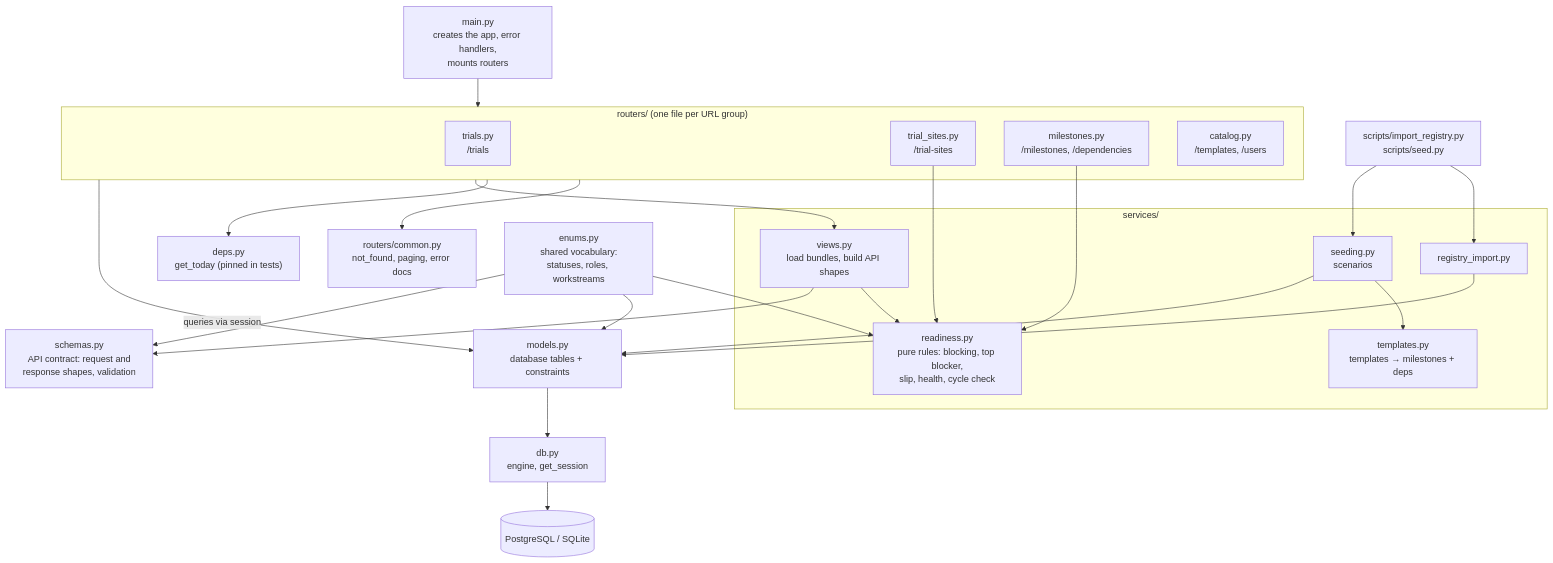
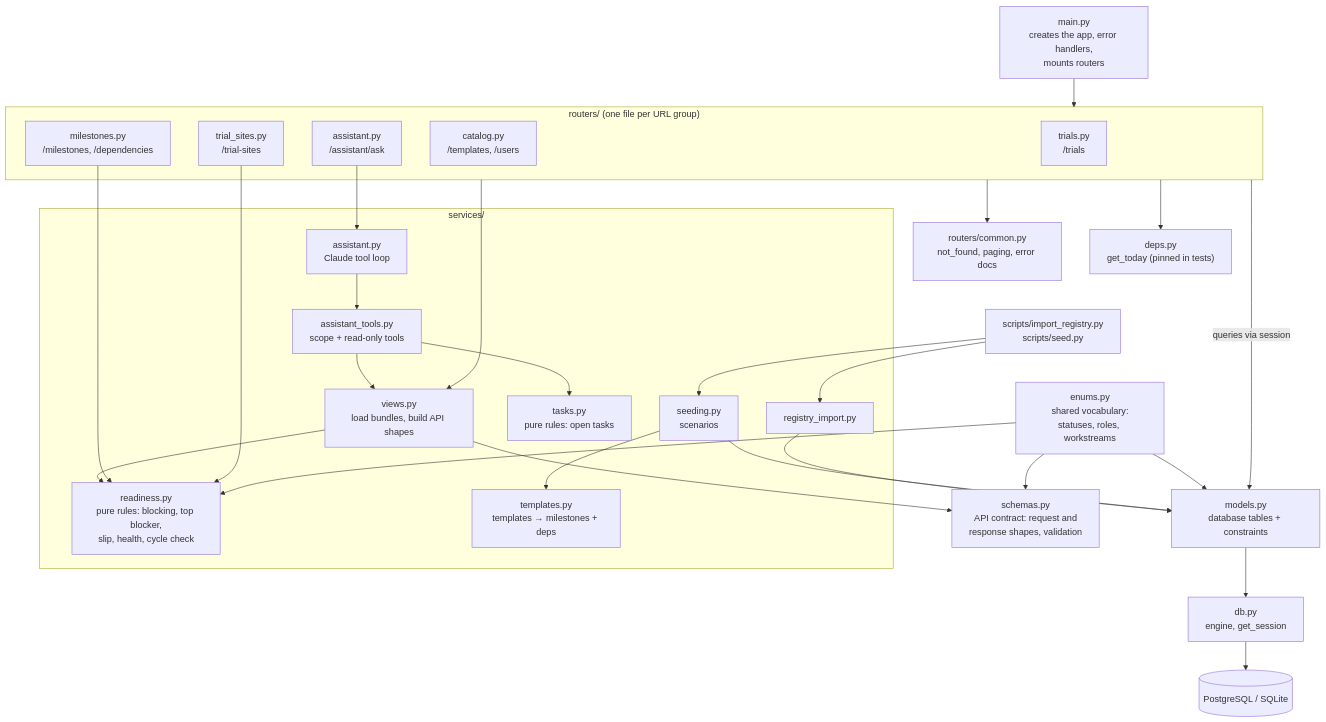
The second of 3 diagrams in docs/SYSTEM_OVERVIEW.md (keyiyu0331/TrialFlow), drawn with Mermaid before and after one commit. The commit also changed other lines of this file and 4 other files, not shown here.

````diff
--- a/docs/SYSTEM_OVERVIEW.md
+++ b/docs/SYSTEM_OVERVIEW.md
@@ -41,42 +40,49 @@
 ```mermaid
 flowchart TD
     MAIN["main.py<br/>creates the app, error handlers,<br/>mounts routers"]
     subgraph ROUTERS["routers/ (one file per URL group)"]
         TR["trials.py<br/>/trials"]
         TS["trial_sites.py<br/>/trial-sites"]
         MI["milestones.py<br/>/milestones, /dependencies"]
         CA["catalog.py<br/>/templates, /users"]
+        AS["assistant.py<br/>/assistant/ask"]
     end
     COMMON["routers/common.py<br/>not_found, paging, error docs"]
     DEPS["deps.py<br/>get_today (pinned in tests)"]
     subgraph SERVICES["services/"]
         VIEWS["views.py<br/>load bundles, build API shapes"]
         RD["readiness.py<br/>pure rules: blocking, top blocker,<br/>slip, health, cycle check"]
         TPL["templates.py<br/>templates → milestones + deps"]
         IMPS["registry_import.py"]
         SEEDS["seeding.py<br/>scenarios"]
+        TK["tasks.py<br/>pure rules: open tasks"]
+        AT["assistant_tools.py<br/>scope + read-only tools"]
+        ASV["assistant.py<br/>Claude tool loop"]
     end
     SCRIPTS["scripts/import_registry.py<br/>scripts/seed.py"]
     MODELS["models.py<br/>database tables + constraints"]
     DBPY["db.py<br/>engine, get_session"]
     DB[("PostgreSQL / SQLite")]
     SCHEMAS["schemas.py<br/>API contract: request and<br/>response shapes, validation"]
     ENUMS["enums.py<br/>shared vocabulary:<br/>statuses, roles, workstreams"]
 
     MAIN --> ROUTERS
     ROUTERS --> COMMON
     ROUTERS --> DEPS
     ROUTERS --> VIEWS --> RD
     MI --> RD
     TS --> RD
     VIEWS --> SCHEMAS
     ROUTERS -- "queries via session" --> MODELS
     MODELS --> DBPY --> DB
     SCRIPTS --> IMPS
     SCRIPTS --> SEEDS --> TPL
     IMPS --> MODELS
     SEEDS --> MODELS
     ENUMS --> MODELS
     ENUMS --> SCHEMAS
     ENUMS --> RD
+    AS --> ASV --> AT
+    AT --> VIEWS
+    AT --> TK
 ```
````
